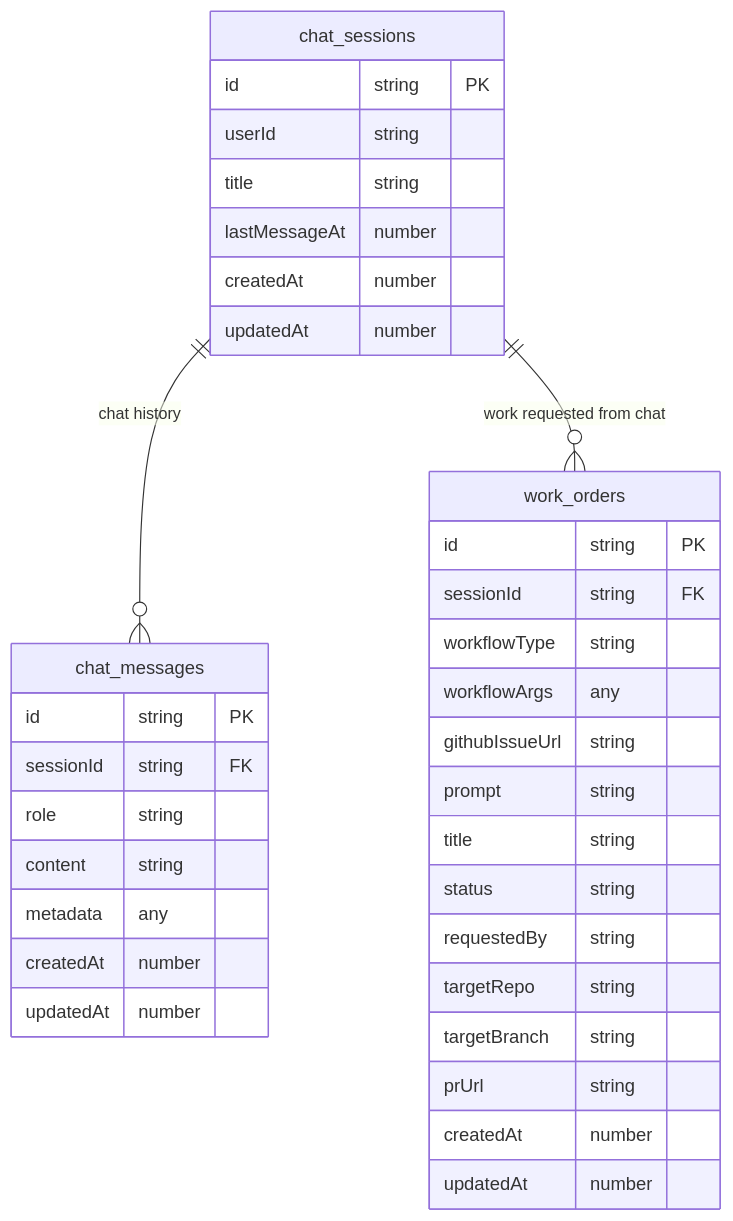
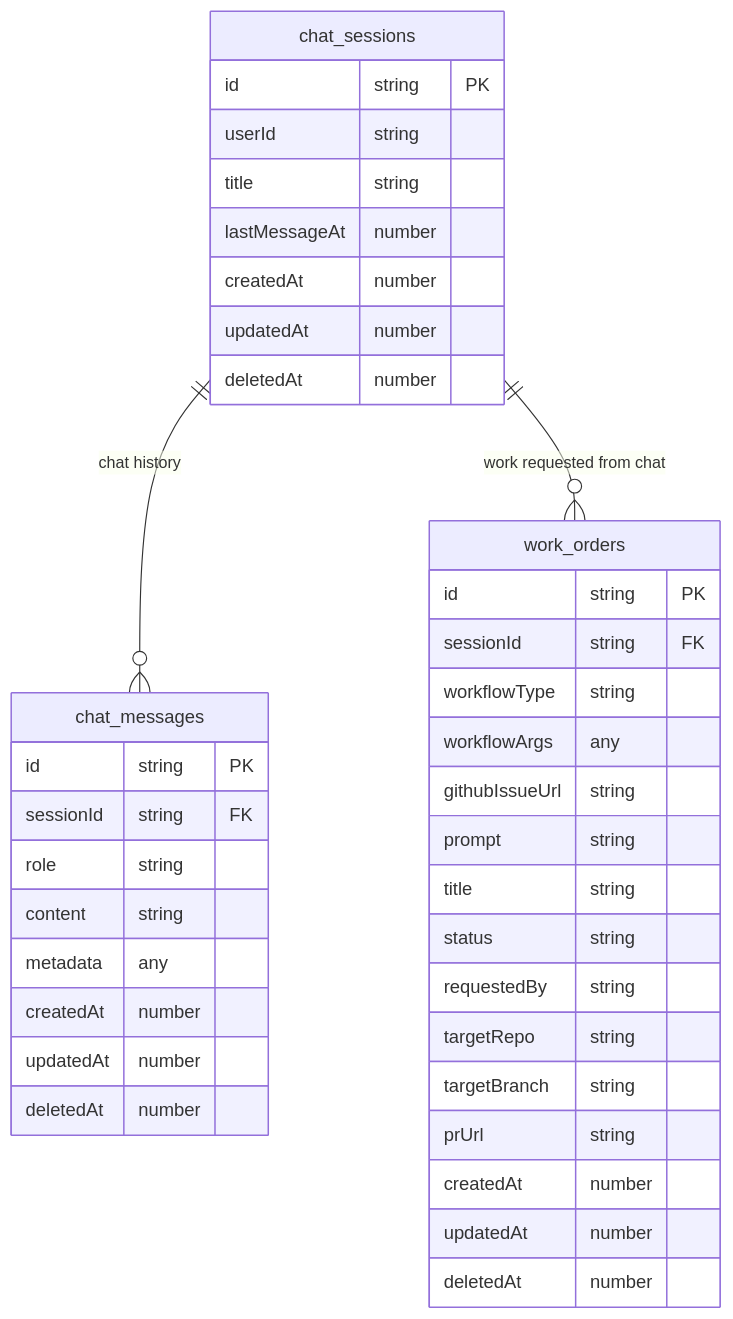
One commit to proompteng/lab changed the diagram in docs/jangar/persistence.md. Above: the diagram before and after it, drawn with Mermaid. The commit also changed other lines of this file, not shown here.

Commit message:
docs: add deletedAt soft-delete to all tables

````diff
--- a/docs/jangar/persistence.md
+++ b/docs/jangar/persistence.md
@@ -13,41 +13,44 @@
 ```mermaid
 erDiagram
   chat_sessions {
     id string PK
     userId string
     title string
     lastMessageAt number
     createdAt number
     updatedAt number
+    deletedAt number
   }
 
   chat_messages {
     id string PK
     sessionId string FK
     role string
     content string
     metadata any
     createdAt number
     updatedAt number
+    deletedAt number
   }
 
   work_orders {
     id string PK
     sessionId string FK
     workflowType string
     workflowArgs any
     githubIssueUrl string
     prompt string
     title string
     status string
     requestedBy string
     targetRepo string
     targetBranch string
     prUrl string
     createdAt number
     updatedAt number
+    deletedAt number
   }
 
   chat_sessions ||--o{ chat_messages : "chat history"
   chat_sessions ||--o{ work_orders : "work requested from chat"
 ```
````
